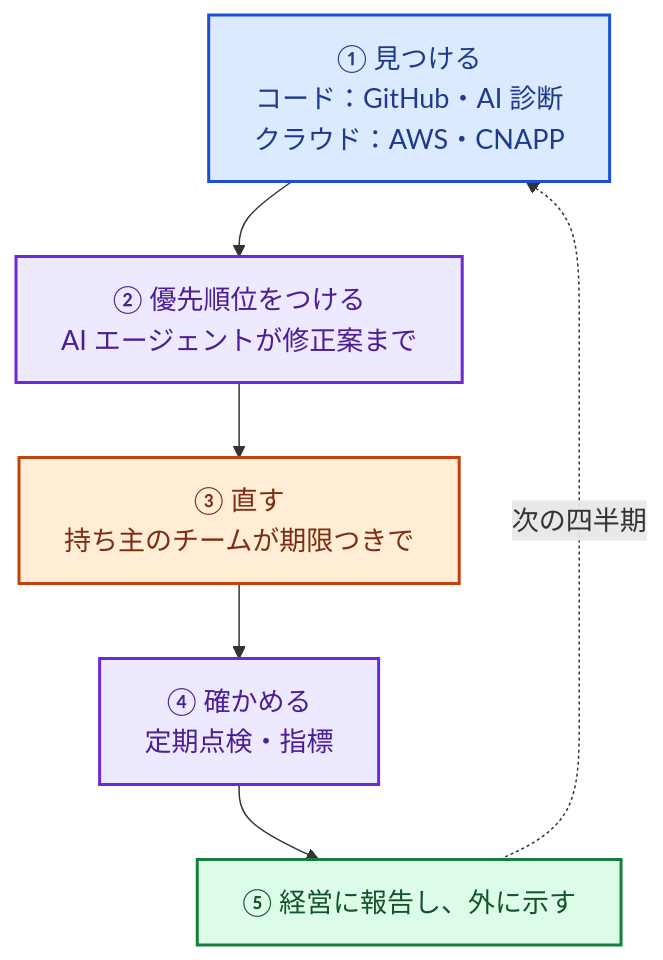
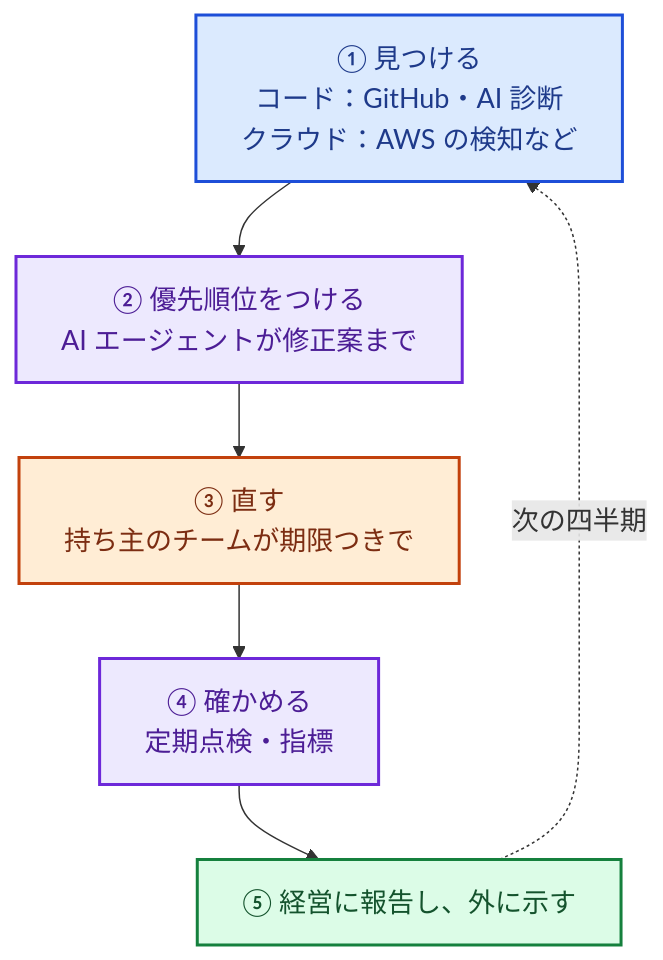
One commit to rkawajiri/zenn-content changed the second of 2 diagrams in books/security-roadmap-ja/01-intro.md. Above: the diagram before and after it, drawn with Mermaid. The commit also changed other lines of this file and 3 other files, not shown here.

````diff
--- a/books/security-roadmap-ja/01-intro.md
+++ b/books/security-roadmap-ja/01-intro.md
@@ -80,15 +80,15 @@
 ```mermaid
 %%{init: {"themeVariables": {"fontSize": "18px"}, "flowchart": {"wrappingWidth": 400}}}%%
 flowchart TB
-  Find["① 見つける<br>コード：GitHub・AI 診断<br>クラウド：AWS・CNAPP"]:::dev
+  Find["① 見つける<br>コード：GitHub・AI 診断<br>クラウド：AWS の検知など"]:::dev
   Triage["② 優先順位をつける<br>AI エージェントが修正案まで"]:::ops
   Fix["③ 直す<br>持ち主のチームが期限つきで"]:::cloud
   Check["④ 確かめる<br>定期点検・指標"]:::ops
   Report["⑤ 経営に報告し、外に示す"]:::gov
   Find --> Triage --> Fix --> Check --> Report
   Report -.次の四半期.-> Find
   classDef dev fill:#dbeafe,stroke:#1d4ed8,color:#1e3a8a,stroke-width:2px
   classDef ops fill:#ede9fe,stroke:#6d28d9,color:#4c1d95,stroke-width:2px
   classDef cloud fill:#ffedd5,stroke:#c2410c,color:#7c2d12,stroke-width:2px
   classDef gov fill:#dcfce7,stroke:#15803d,color:#14532d,stroke-width:2px
 ```
````
